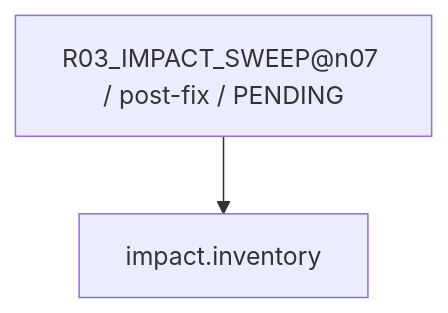
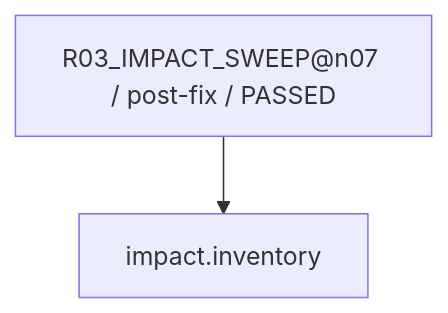
Before and after one commit to rrikunagasige-dot/kyotsu-step-web: diagram 12 of 14 in work/items/W-MATH-032-n07-semantic-repair/generated/CAPABILITY_FIRE_DIAGRAM.md, drawn with Mermaid. The commit also changed other lines of this file and 330 other files, not shown here.

````diff
--- a/work/items/W-MATH-032-n07-semantic-repair/generated/CAPABILITY_FIRE_DIAGRAM.md
+++ b/work/items/W-MATH-032-n07-semantic-repair/generated/CAPABILITY_FIRE_DIAGRAM.md
@@ -180,6 +180,6 @@
 ```mermaid
 flowchart TD
-  N0["R03_IMPACT_SWEEP@n07 / post-fix / PENDING"]
+  N0["R03_IMPACT_SWEEP@n07 / post-fix / PASSED"]
   N1["impact.inventory"]
   N0 --> N1
 ```
````
